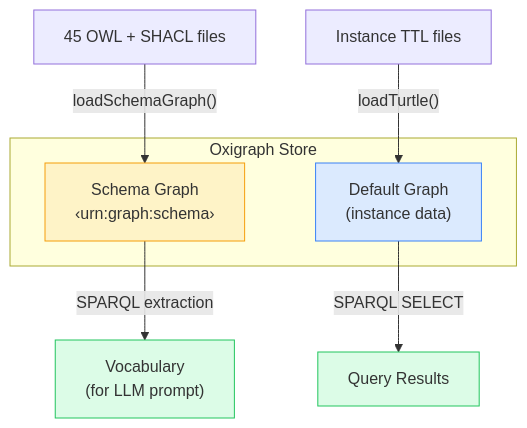
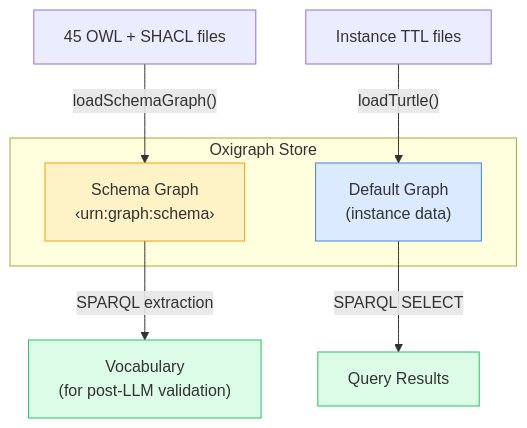
The diagram in apps/docs/data.md (ASCS-eV/ontology-based-nl-search), drawn with Mermaid before and after one commit. The commit also changed other lines of this file and 11 other files, not shown here.

First line of the commit message:
feat: replace vocabulary tables with raw SHACL injection in LLM prompt

````diff
--- a/apps/docs/data.md
+++ b/apps/docs/data.md
@@ -9,18 +9,18 @@
 ```mermaid
 graph TD
     subgraph "Oxigraph Store"
         SG["Schema Graph<br/>‹urn:graph:schema›"]
         DG["Default Graph<br/>(instance data)"]
     end
 
     OWL["45 OWL + SHACL files"] -->|"loadSchemaGraph()"| SG
     TTL["Instance TTL files"] -->|"loadTurtle()"| DG
 
-    SG -->|"SPARQL extraction"| VOCAB["Vocabulary<br/>(for LLM prompt)"]
+    SG -->|"SPARQL extraction"| VOCAB["Vocabulary<br/>(for post-LLM validation)"]
     DG -->|"SPARQL SELECT"| RES["Query Results"]
 
     style SG fill:#fef3c7,stroke:#f59e0b
     style DG fill:#dbeafe,stroke:#3b82f6
     style VOCAB fill:#dcfce7,stroke:#22c55e
     style RES fill:#dcfce7,stroke:#22c55e
 ```
````
